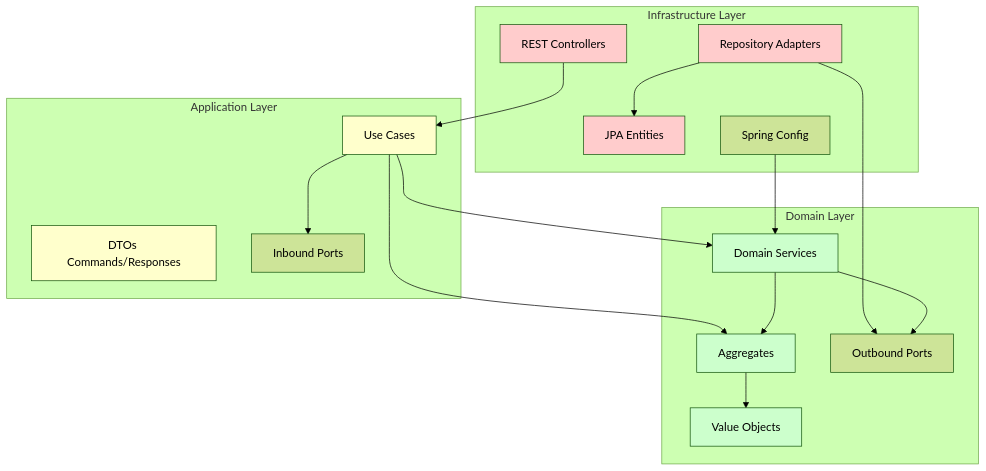
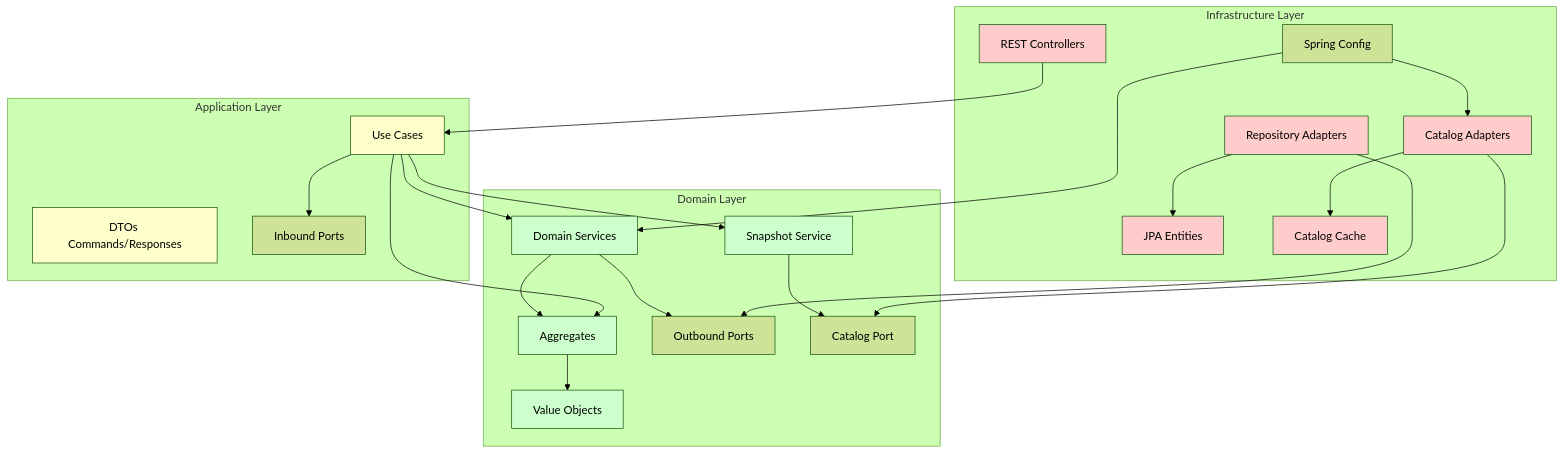
One commit to carleetho/budgetpro changed the seventh of 12 diagrams in docs/ARQUITECTURA_VISUAL.md. Above: the diagram before and after it, drawn with Mermaid (forest theme). The commit also changed other lines of this file and 83 other files, not shown here.

````diff
--- a/docs/ARQUITECTURA_VISUAL.md
+++ b/docs/ARQUITECTURA_VISUAL.md
@@ -564,42 +610,54 @@
 ```mermaid
 graph TB
     subgraph "Infrastructure Layer"
         REST[REST Controllers]
         JPA[JPA Entities]
         Adapters[Repository Adapters]
+        CatalogAdapters[Catalog Adapters]
+        Cache[Catalog Cache]
         Config[Spring Config]
     end
     
     subgraph "Application Layer"
         UseCases[Use Cases]
         DTOs[DTOs Commands/Responses]
         PortsIn[Inbound Ports]
     end
     
     subgraph "Domain Layer"
         Aggregates[Aggregates]
         Services[Domain Services]
+        SnapshotService[Snapshot Service]
         PortsOut[Outbound Ports]
+        CatalogPort[Catalog Port]
         VOs[Value Objects]
     end
     
     REST --> UseCases
     UseCases --> PortsIn
     UseCases --> Aggregates
     UseCases --> Services
+    UseCases --> SnapshotService
     Adapters --> PortsOut
     Adapters --> JPA
+    CatalogAdapters --> CatalogPort
+    CatalogAdapters --> Cache
     Services --> Aggregates
     Services --> PortsOut
+    SnapshotService --> CatalogPort
     Aggregates --> VOs
     Config --> Services
+    Config --> CatalogAdapters
     
     style REST fill:#ffcccc
     style JPA fill:#ffcccc
     style Adapters fill:#ffcccc
+    style CatalogAdapters fill:#ffcccc
+    style Cache fill:#ffcccc
     style UseCases fill:#ffffcc
     style DTOs fill:#ffffcc
     style Aggregates fill:#ccffcc
     style Services fill:#ccffcc
+    style SnapshotService fill:#ccffcc
     style VOs fill:#ccffcc
 ```
````
